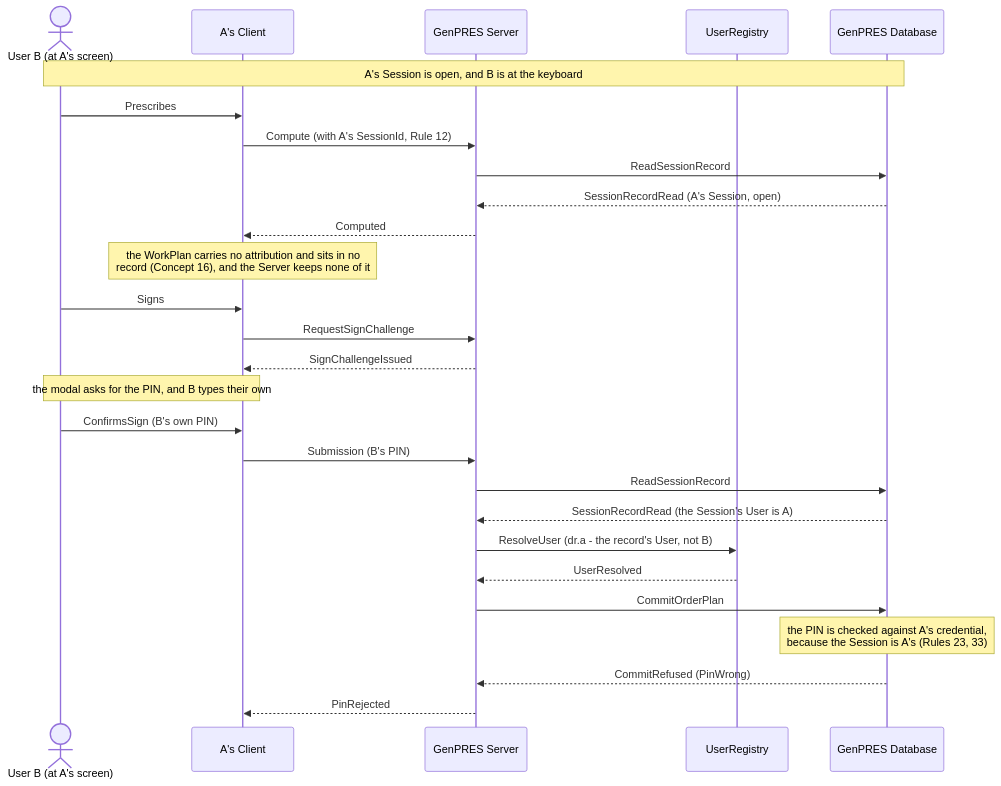
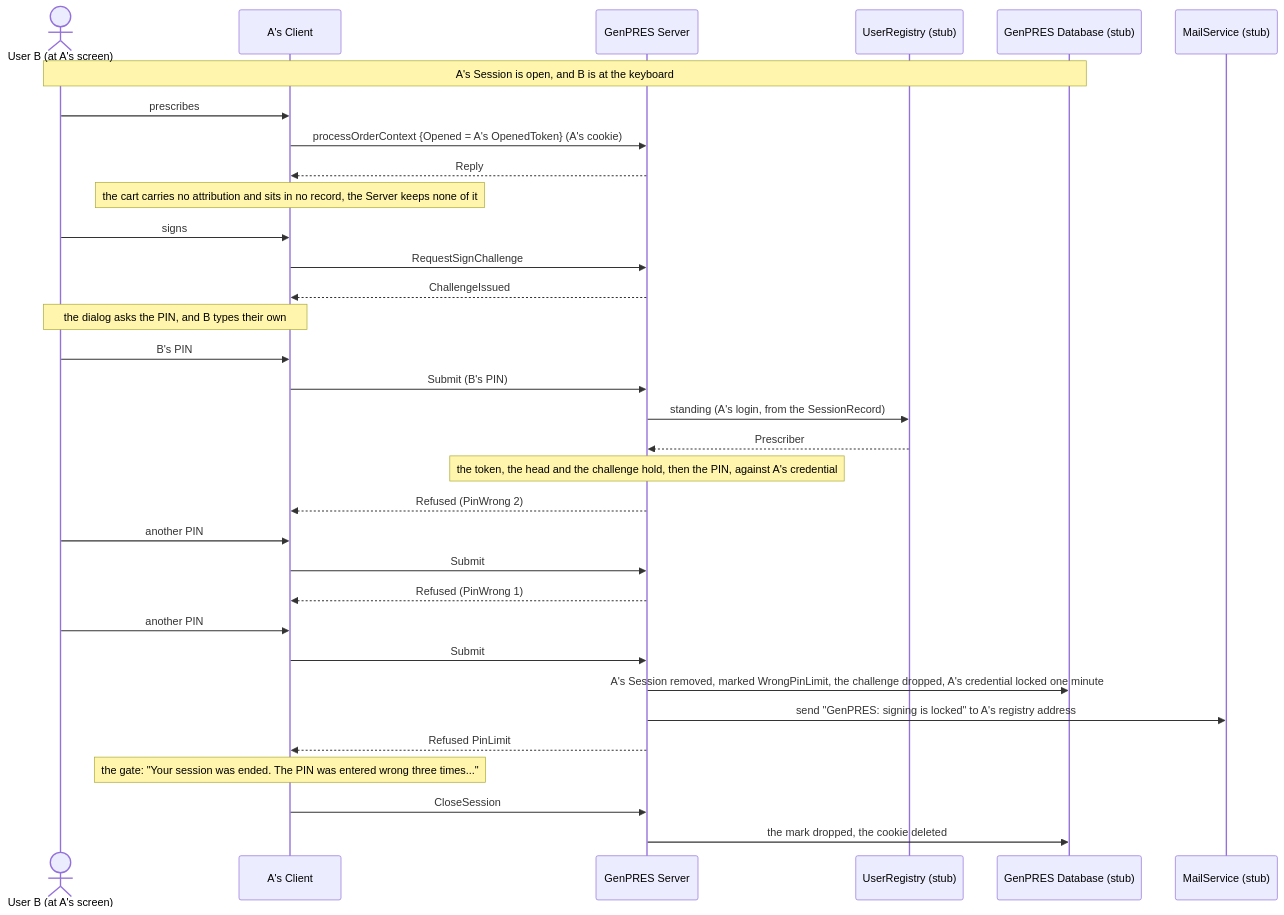
One commit to informedica/GenPRES changed the diagram in docs/scenarios/integration/uc-05-workstation-takeover.md. Above: the diagram before and after it, drawn with Mermaid. The commit also changed other lines of this file and 13 other files, not shown here.

````diff
--- a/docs/scenarios/integration/uc-05-workstation-takeover.md
+++ b/docs/scenarios/integration/uc-05-workstation-takeover.md
@@ -9,33 +10,38 @@
 ```mermaid
 sequenceDiagram
     actor B as User B (at A's screen)
     participant C as A's Client
     participant S as GenPRES Server
-    participant R as UserRegistry
-    participant D as GenPRES Database
+    participant R as UserRegistry (stub)
+    participant D as GenPRES Database (stub)
+    participant M as MailService (stub)
 
     Note over B,D: A's Session is open, and B is at the keyboard
 
-    B->>C: Prescribes
-    C->>S: Compute (with A's SessionId, Rule 12)
-    S->>D: ReadSessionRecord
-    D-->>S: SessionRecordRead (A's Session, open)
-    S-->>C: Computed
-    Note over C: the WorkPlan carries no attribution and sits in no<br/>record (Concept 16), and the Server keeps none of it
+    B->>C: prescribes
+    C->>S: processOrderContext {Opened = A's OpenedToken} (A's cookie)
+    S-->>C: Reply
+    Note over C: the cart carries no attribution and sits in no record, the Server keeps none of it
 
-    B->>C: Signs
+    B->>C: signs
     C->>S: RequestSignChallenge
-    S-->>C: SignChallengeIssued
-    Note over B,C: the modal asks for the PIN, and B types their own
-    B->>C: ConfirmsSign (B's own PIN)
-    C->>S: Submission (B's PIN)
-
-    S->>D: ReadSessionRecord
-    D-->>S: SessionRecordRead (the Session's User is A)
-    S->>R: ResolveUser (dr.a - the record's User, not B)
-    R-->>S: UserResolved
-    S->>D: CommitOrderPlan
-    Note over D: the PIN is checked against A's credential,<br/>because the Session is A's (Rules 23, 33)
-    D-->>S: CommitRefused (PinWrong)
-    S-->>C: PinRejected
+    S-->>C: ChallengeIssued
+    Note over B,C: the dialog asks the PIN, and B types their own
+    B->>C: B's PIN
+    C->>S: Submit (B's PIN)
+    S->>R: standing (A's login, from the SessionRecord)
+    R-->>S: Prescriber
+    Note over S: the token, the head and the challenge hold, then the PIN, against A's credential
+    S-->>C: Refused (PinWrong 2)
+    B->>C: another PIN
+    C->>S: Submit
+    S-->>C: Refused (PinWrong 1)
+    B->>C: another PIN
+    C->>S: Submit
+    S->>D: A's Session removed, marked WrongPinLimit, the challenge dropped, A's credential locked one minute
+    S->>M: send "GenPRES: signing is locked" to A's registry address
+    S-->>C: Refused PinLimit
+    Note over C: the gate: "Your session was ended. The PIN was entered wrong three times..."
+    C->>S: CloseSession
+    S->>D: the mark dropped, the cookie deleted
 ```
````
